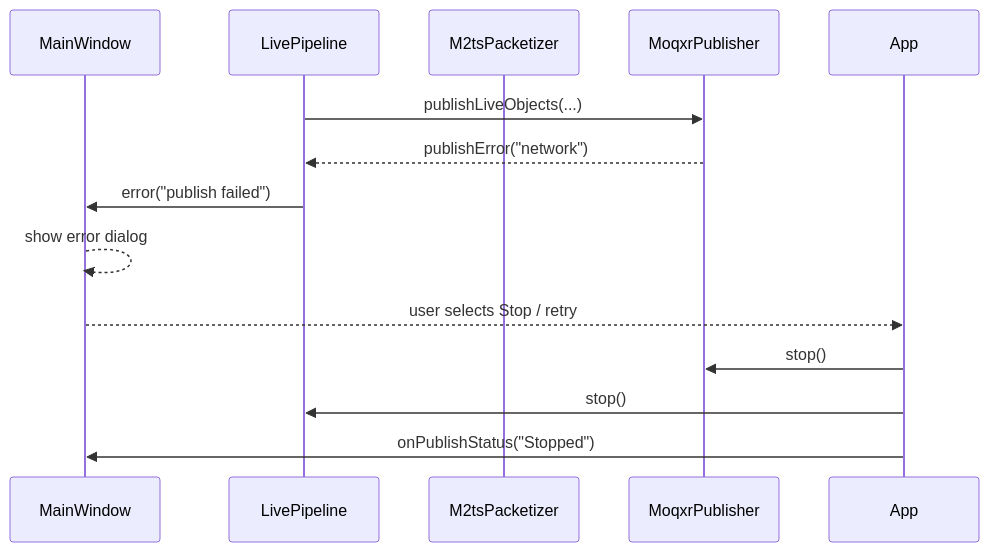
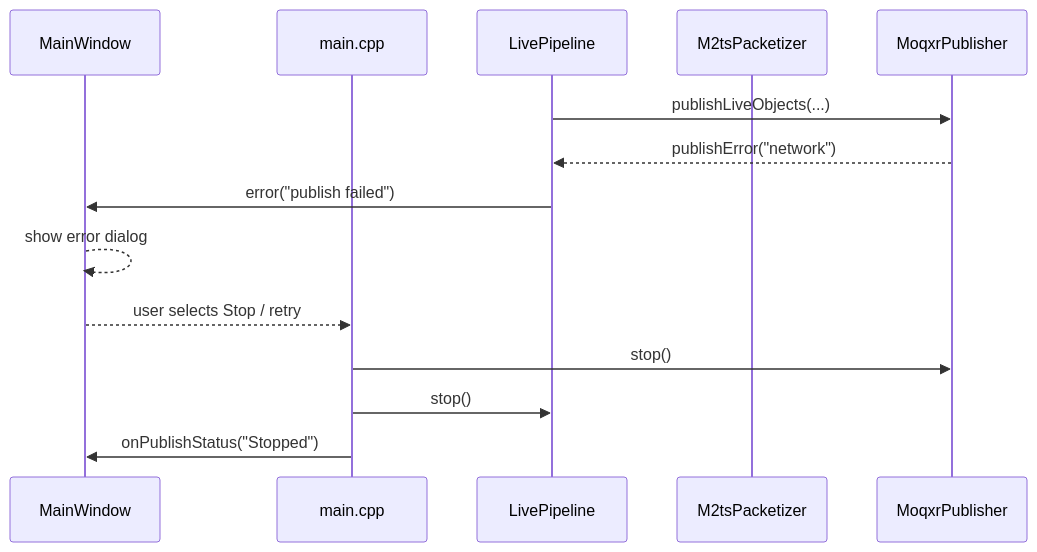
The third of 6 diagrams in docs/sequence-diagrams.md (gwendalsimon/moq2ts), drawn with Mermaid before and after one commit. The commit also changed other lines of this file and 23 other files, not shown here.

````diff
--- a/docs/sequence-diagrams.md
+++ b/docs/sequence-diagrams.md
@@ -61,16 +61,17 @@
 ```mermaid
 sequenceDiagram
     participant UI as MainWindow
+    participant App as main.cpp
     participant Pipe as LivePipeline
     participant Pkt as M2tsPacketizer
     participant Pub as MoqxrPublisher
 
     Pipe->>Pub: publishLiveObjects(...)
     Pub-->>Pipe: publishError("network")
     Pipe->>UI: error("publish failed")
     UI-->>UI: show error dialog
     UI-->>App: user selects Stop / retry
     App->>Pub: stop()
     App->>Pipe: stop()
     App->>UI: onPublishStatus("Stopped")
 ```
````
